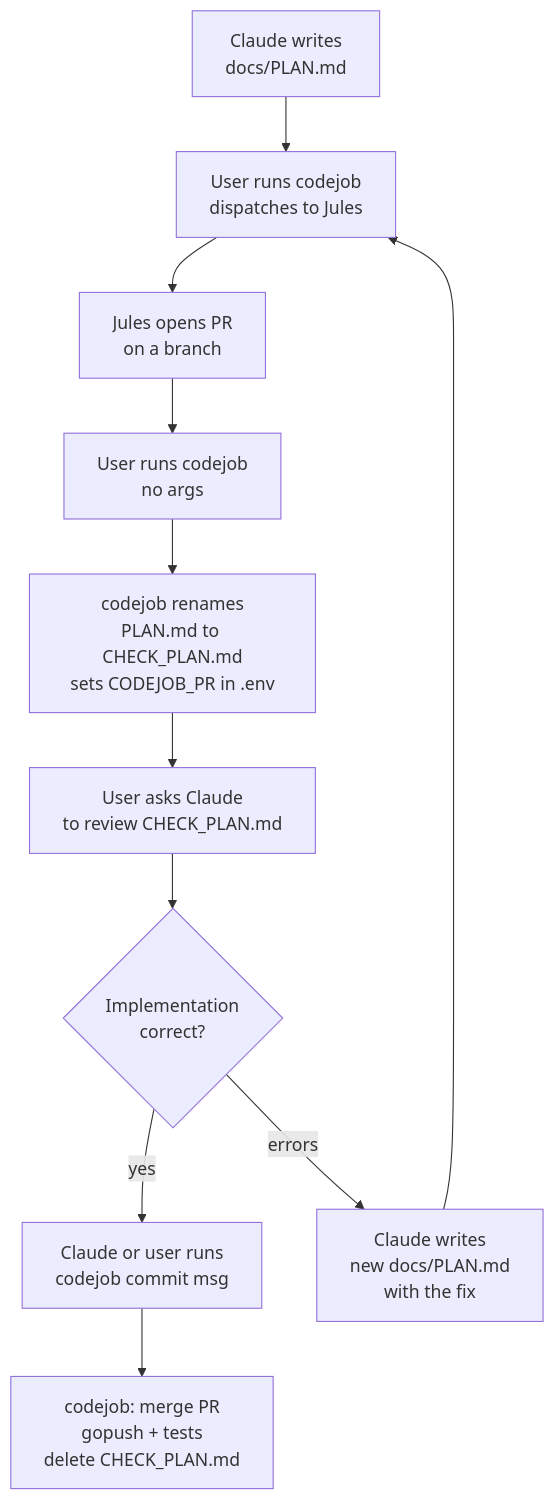
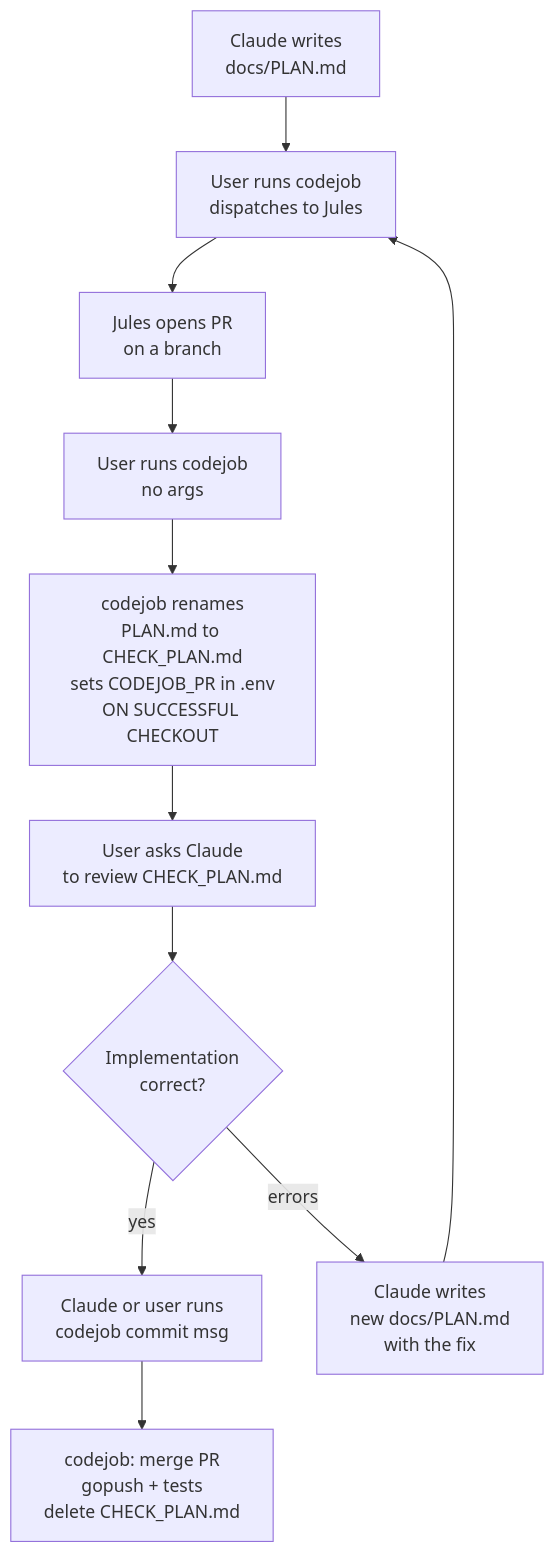
Before and after one commit to tinywasm/devflow: the first of 2 diagrams in skills/agents-workflow/SKILL.md, drawn with Mermaid. The commit also changed other lines of this file and 6 other files, not shown here.

First line of the commit message:
feat: implement transactional branch checkout for codejob

````diff
--- a/skills/agents-workflow/SKILL.md
+++ b/skills/agents-workflow/SKILL.md
@@ -34,13 +34,13 @@
 ```mermaid
 flowchart TD
     A[Claude writes<br/>docs/PLAN.md] --> B[User runs codejob<br/>dispatches to Jules]
     B --> C[Jules opens PR<br/>on a branch]
     C --> D[User runs codejob<br/>no args]
-    D --> E[codejob renames<br/>PLAN.md to CHECK_PLAN.md<br/>sets CODEJOB_PR in .env]
+    D --> E[codejob renames<br/>PLAN.md to CHECK_PLAN.md<br/>sets CODEJOB_PR in .env<br/>ON SUCCESSFUL CHECKOUT]
     E --> F[User asks Claude<br/>to review CHECK_PLAN.md]
     F --> G{Implementation<br/>correct?}
     G -->|yes| H[Claude or user runs<br/>codejob commit msg]
     G -->|errors| I[Claude writes<br/>new docs/PLAN.md<br/>with the fix]
     I --> B
     H --> J[codejob: merge PR<br/>gopush + tests<br/>delete CHECK_PLAN.md]
 ```
````
